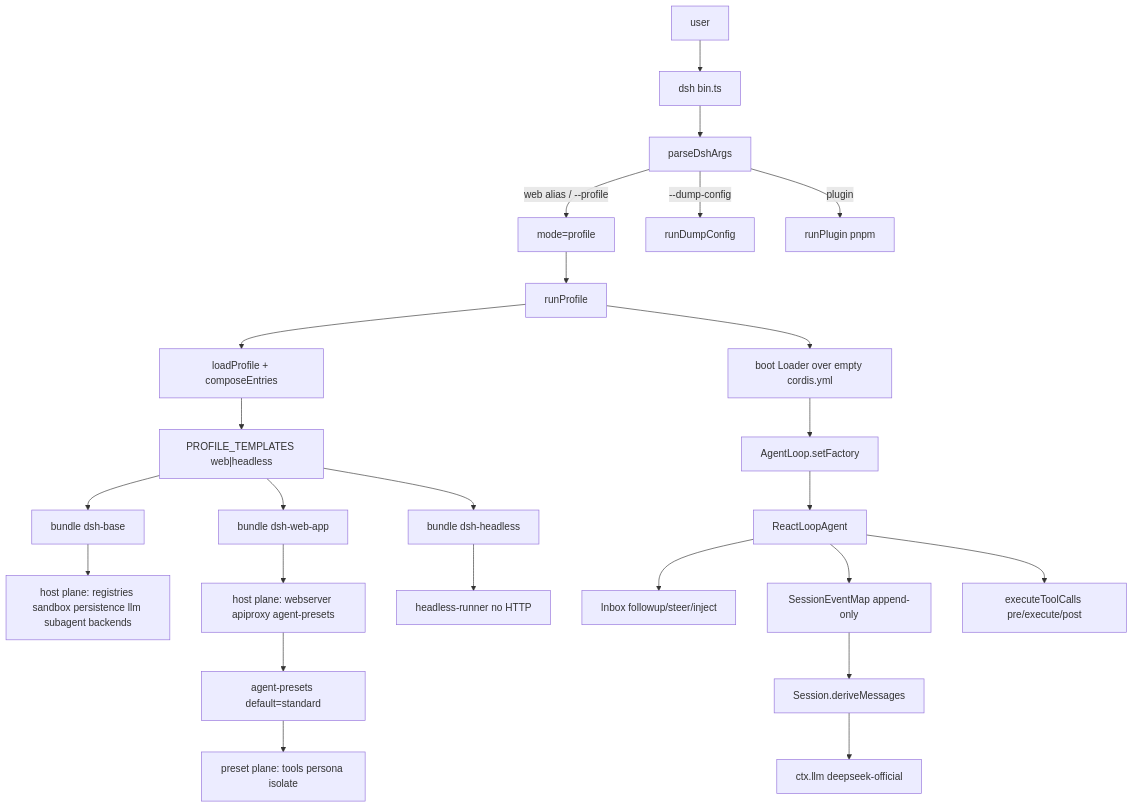
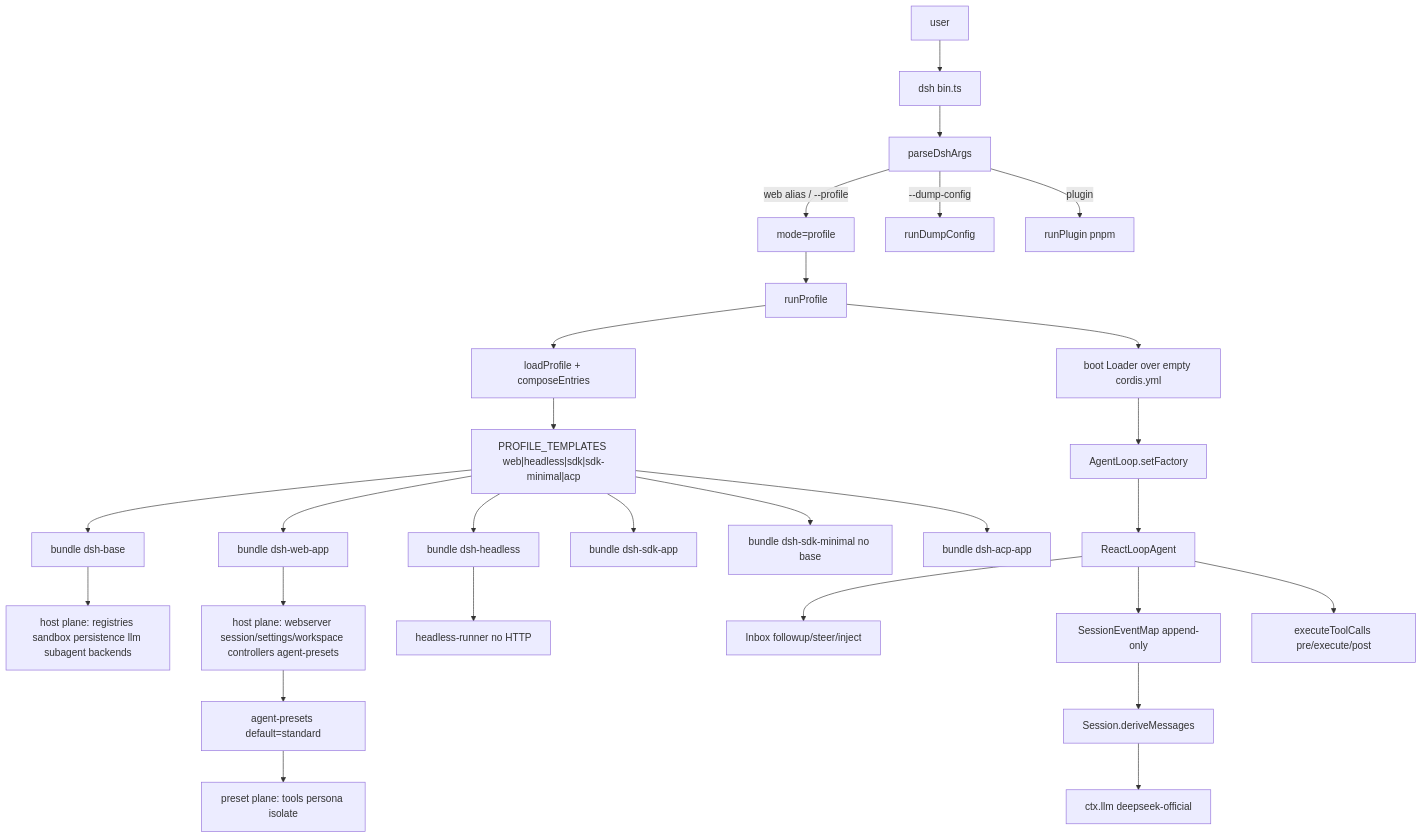
One commit to wdnmdtonyma/SOTA-Agent-LLM-Wiki changed the diagram in docs/llm-wiki/deepseek-harness/spine/overview.md. Above: the diagram before and after it, drawn with Mermaid. The commit also changed other lines of this file and 217 other files, not shown here.

````diff
--- a/docs/llm-wiki/deepseek-harness/spine/overview.md
+++ b/docs/llm-wiki/deepseek-harness/spine/overview.md
@@ -99,27 +97,30 @@
 ```mermaid
 flowchart TD
   User["user"] --> Bin["dsh bin.ts"]
   Bin --> Parse["parseDshArgs"]
   Parse -->|web alias / --profile| ProfileMode["mode=profile"]
   Parse -->|--dump-config| Dump["runDumpConfig"]
   Parse -->|plugin| Plugin["runPlugin pnpm"]
   ProfileMode --> Run["runProfile"]
   Run --> Load["loadProfile + composeEntries"]
-  Load --> Templates["PROFILE_TEMPLATES web|headless"]
+  Load --> Templates["PROFILE_TEMPLATES web|headless|sdk|sdk-minimal|acp"]
   Templates --> Base["bundle dsh-base"]
   Templates --> WebApp["bundle dsh-web-app"]
   Templates --> Headless["bundle dsh-headless"]
+  Templates --> Sdk["bundle dsh-sdk-app"]
+  Templates --> SdkMin["bundle dsh-sdk-minimal no base"]
+  Templates --> Acp["bundle dsh-acp-app"]
   Base --> HostPlane["host plane: registries sandbox persistence llm subagent backends"]
-  WebApp --> HostUI["host plane: webserver apiproxy agent-presets"]
+  WebApp --> HostUI["host plane: webserver session/settings/workspace controllers agent-presets"]
   Headless --> OneShot["headless-runner no HTTP"]
   HostUI --> PresetRoster["agent-presets default=standard"]
   PresetRoster --> PresetPlane["preset plane: tools persona isolate"]
   Run --> Boot["boot Loader over empty cordis.yml"]
   Boot --> Factory["AgentLoop.setFactory"]
   Factory --> Loop["ReactLoopAgent"]
   Loop --> Inbox["Inbox followup/steer/inject"]
   Loop --> Log["SessionEventMap append-only"]
   Log --> Derive["Session.deriveMessages"]
   Derive --> LLM["ctx.llm deepseek-official"]
   Loop --> Tools["executeToolCalls pre/execute/post"]
 ```
````
